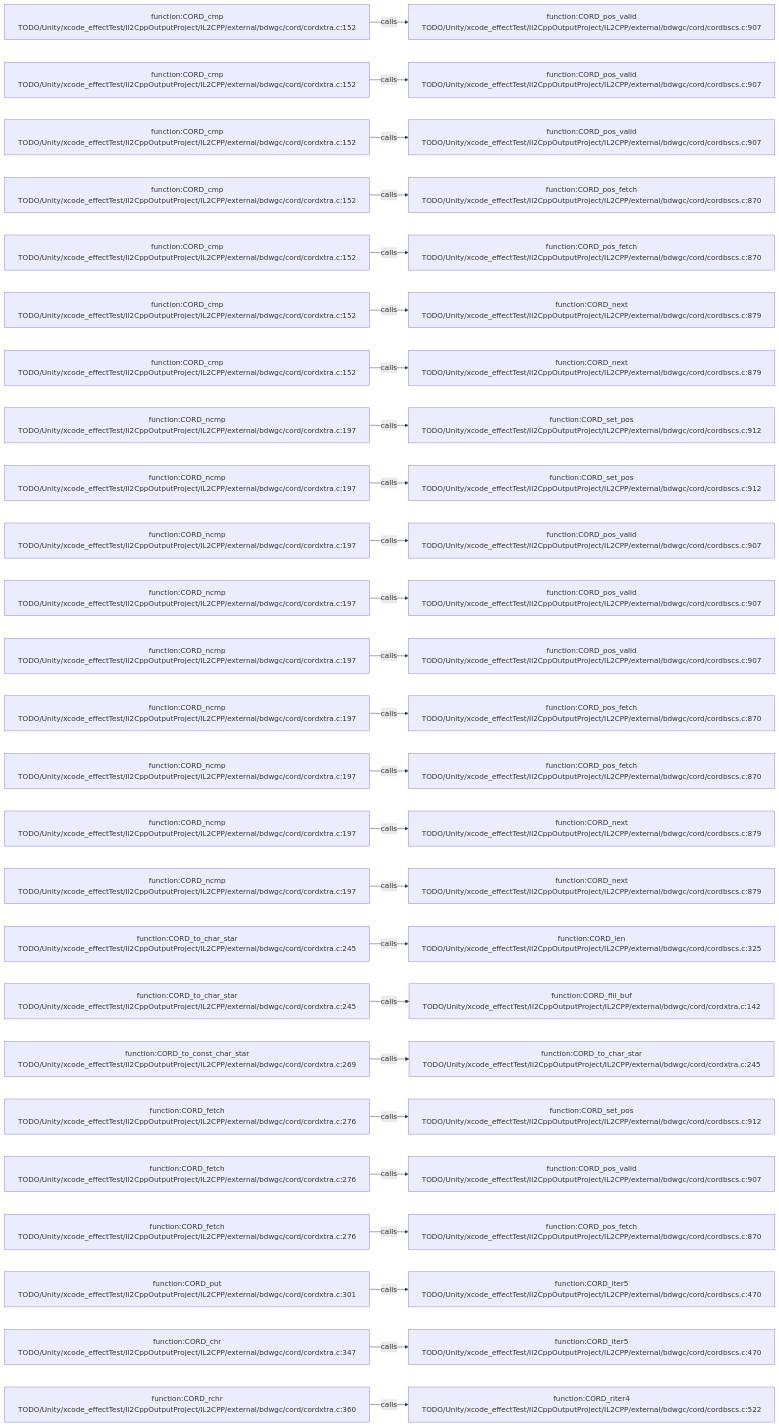
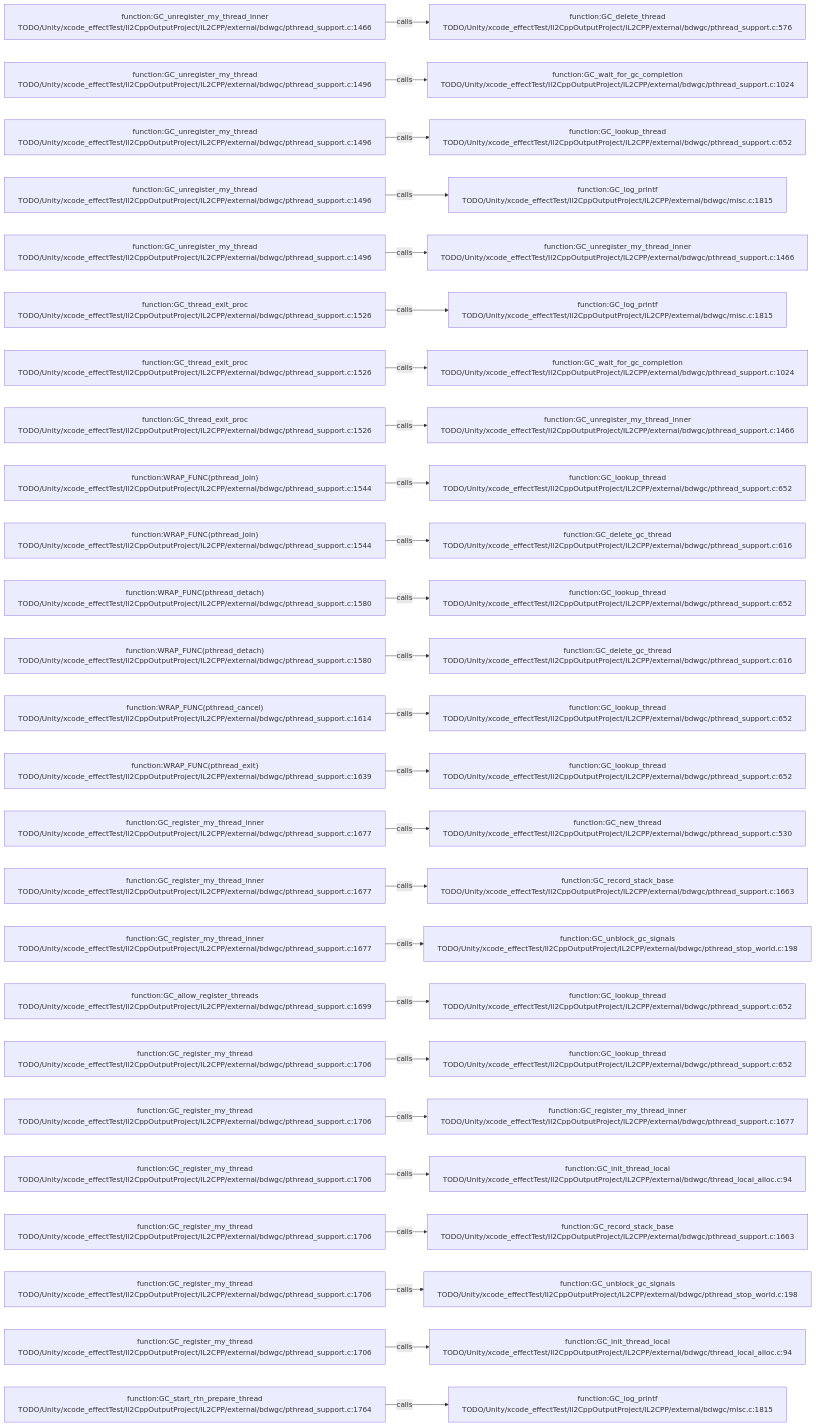
One commit to JobsKits/JobsSwiftBaseConfigDemo changed the diagram in .codegraph/codegraph.md/graphs/calls-154.md. Above: the diagram before and after it, drawn with Mermaid. The commit also changed 227 other files, not shown here.

````diff
--- a/.codegraph/codegraph.md/graphs/calls-154.md
+++ b/.codegraph/codegraph.md/graphs/calls-154.md
@@ -13,78 +13,78 @@
 ```mermaid
 flowchart LR
-  S1["function:CORD_cmp<br/>TODO/Unity/xcode_effectTest/Il2CppOutputProject/IL2CPP/external/bdwgc/cord/cordxtra.c:152"]
-  T1["function:CORD_pos_valid<br/>TODO/Unity/xcode_effectTest/Il2CppOutputProject/IL2CPP/external/bdwgc/cord/cordbscs.c:907"]
+  S1["function:GC_unregister_my_thread_inner<br/>TODO/Unity/xcode_effectTest/Il2CppOutputProject/IL2CPP/external/bdwgc/pthread_support.c:1466"]
+  T1["function:GC_delete_thread<br/>TODO/Unity/xcode_effectTest/Il2CppOutputProject/IL2CPP/external/bdwgc/pthread_support.c:576"]
   S1 -->|calls| T1
-  S2["function:CORD_cmp<br/>TODO/Unity/xcode_effectTest/Il2CppOutputProject/IL2CPP/external/bdwgc/cord/cordxtra.c:152"]
-  T2["function:CORD_pos_valid<br/>TODO/Unity/xcode_effectTest/Il2CppOutputProject/IL2CPP/external/bdwgc/cord/cordbscs.c:907"]
+  S2["function:GC_unregister_my_thread<br/>TODO/Unity/xcode_effectTest/Il2CppOutputProject/IL2CPP/external/bdwgc/pthread_support.c:1496"]
+  T2["function:GC_wait_for_gc_completion<br/>TODO/Unity/xcode_effectTest/Il2CppOutputProject/IL2CPP/external/bdwgc/pthread_support.c:1024"]
   S2 -->|calls| T2
-  S3["function:CORD_cmp<br/>TODO/Unity/xcode_effectTest/Il2CppOutputProject/IL2CPP/external/bdwgc/cord/cordxtra.c:152"]
-  T3["function:CORD_pos_valid<br/>TODO/Unity/xcode_effectTest/Il2CppOutputProject/IL2CPP/external/bdwgc/cord/cordbscs.c:907"]
+  S3["function:GC_unregister_my_thread<br/>TODO/Unity/xcode_effectTest/Il2CppOutputProject/IL2CPP/external/bdwgc/pthread_support.c:1496"]
+  T3["function:GC_lookup_thread<br/>TODO/Unity/xcode_effectTest/Il2CppOutputProject/IL2CPP/external/bdwgc/pthread_support.c:652"]
   S3 -->|calls| T3
-  S4["function:CORD_cmp<br/>TODO/Unity/xcode_effectTest/Il2CppOutputProject/IL2CPP/external/bdwgc/cord/cordxtra.c:152"]
-  T4["function:CORD_pos_fetch<br/>TODO/Unity/xcode_effectTest/Il2CppOutputProject/IL2CPP/external/bdwgc/cord/cordbscs.c:870"]
+  S4["function:GC_unregister_my_thread<br/>TODO/Unity/xcode_effectTest/Il2CppOutputProject/IL2CPP/external/bdwgc/pthread_support.c:1496"]
+  T4["function:GC_log_printf<br/>TODO/Unity/xcode_effectTest/Il2CppOutputProject/IL2CPP/external/bdwgc/misc.c:1815"]
   S4 -->|calls| T4
-  S5["function:CORD_cmp<br/>TODO/Unity/xcode_effectTest/Il2CppOutputProject/IL2CPP/external/bdwgc/cord/cordxtra.c:152"]
-  T5["function:CORD_pos_fetch<br/>TODO/Unity/xcode_effectTest/Il2CppOutputProject/IL2CPP/external/bdwgc/cord/cordbscs.c:870"]
+  S5["function:GC_unregister_my_thread<br/>TODO/Unity/xcode_effectTest/Il2CppOutputProject/IL2CPP/external/bdwgc/pthread_support.c:1496"]
+  T5["function:GC_unregister_my_thread_inner<br/>TODO/Unity/xcode_effectTest/Il2CppOutputProject/IL2CPP/external/bdwgc/pthread_support.c:1466"]
   S5 -->|calls| T5
-  S6["function:CORD_cmp<br/>TODO/Unity/xcode_effectTest/Il2CppOutputProject/IL2CPP/external/bdwgc/cord/cordxtra.c:152"]
-  T6["function:CORD_next<br/>TODO/Unity/xcode_effectTest/Il2CppOutputProject/IL2CPP/external/bdwgc/cord/cordbscs.c:879"]
+  S6["function:GC_thread_exit_proc<br/>TODO/Unity/xcode_effectTest/Il2CppOutputProject/IL2CPP/external/bdwgc/pthread_support.c:1526"]
+  T6["function:GC_log_printf<br/>TODO/Unity/xcode_effectTest/Il2CppOutputProject/IL2CPP/external/bdwgc/misc.c:1815"]
   S6 -->|calls| T6
-  S7["function:CORD_cmp<br/>TODO/Unity/xcode_effectTest/Il2CppOutputProject/IL2CPP/external/bdwgc/cord/cordxtra.c:152"]
-  T7["function:CORD_next<br/>TODO/Unity/xcode_effectTest/Il2CppOutputProject/IL2CPP/external/bdwgc/cord/cordbscs.c:879"]
+  S7["function:GC_thread_exit_proc<br/>TODO/Unity/xcode_effectTest/Il2CppOutputProject/IL2CPP/external/bdwgc/pthread_support.c:1526"]
+  T7["function:GC_wait_for_gc_completion<br/>TODO/Unity/xcode_effectTest/Il2CppOutputProject/IL2CPP/external/bdwgc/pthread_support.c:1024"]
   S7 -->|calls| T7
-  S8["function:CORD_ncmp<br/>TODO/Unity/xcode_effectTest/Il2CppOutputProject/IL2CPP/external/bdwgc/cord/cordxtra.c:197"]
-  T8["function:CORD_set_pos<br/>TODO/Unity/xcode_effectTest/Il2CppOutputProject/IL2CPP/external/bdwgc/cord/cordbscs.c:912"]
+  S8["function:GC_thread_exit_proc<br/>TODO/Unity/xcode_effectTest/Il2CppOutputProject/IL2CPP/external/bdwgc/pthread_support.c:1526"]
+  T8["function:GC_unregister_my_thread_inner<br/>TODO/Unity/xcode_effectTest/Il2CppOutputProject/IL2CPP/external/bdwgc/pthread_support.c:1466"]
   S8 -->|calls| T8
-  S9["function:CORD_ncmp<br/>TODO/Unity/xcode_effectTest/Il2CppOutputProject/IL2CPP/external/bdwgc/cord/cordxtra.c:197"]
-  T9["function:CORD_set_pos<br/>TODO/Unity/xcode_effectTest/Il2CppOutputProject/IL2CPP/external/bdwgc/cord/cordbscs.c:912"]
+  S9["function:WRAP_FUNC(pthread_join)<br/>TODO/Unity/xcode_effectTest/Il2CppOutputProject/IL2CPP/external/bdwgc/pthread_support.c:1544"]
+  T9["function:GC_lookup_thread<br/>TODO/Unity/xcode_effectTest/Il2CppOutputProject/IL2CPP/external/bdwgc/pthread_support.c:652"]
   S9 -->|calls| T9
-  S10["function:CORD_ncmp<br/>TODO/Unity/xcode_effectTest/Il2CppOutputProject/IL2CPP/external/bdwgc/cord/cordxtra.c:197"]
-  T10["function:CORD_pos_valid<br/>TODO/Unity/xcode_effectTest/Il2CppOutputProject/IL2CPP/external/bdwgc/cord/cordbscs.c:907"]
+  S10["function:WRAP_FUNC(pthread_join)<br/>TODO/Unity/xcode_effectTest/Il2CppOutputProject/IL2CPP/external/bdwgc/pthread_support.c:1544"]
+  T10["function:GC_delete_gc_thread<br/>TODO/Unity/xcode_effectTest/Il2CppOutputProject/IL2CPP/external/bdwgc/pthread_support.c:616"]
   S10 -->|calls| T10
-  S11["function:CORD_ncmp<br/>TODO/Unity/xcode_effectTest/Il2CppOutputProject/IL2CPP/external/bdwgc/cord/cordxtra.c:197"]
-  T11["function:CORD_pos_valid<br/>TODO/Unity/xcode_effectTest/Il2CppOutputProject/IL2CPP/external/bdwgc/cord/cordbscs.c:907"]
+  S11["function:WRAP_FUNC(pthread_detach)<br/>TODO/Unity/xcode_effectTest/Il2CppOutputProject/IL2CPP/external/bdwgc/pthread_support.c:1580"]
+  T11["function:GC_lookup_thread<br/>TODO/Unity/xcode_effectTest/Il2CppOutputProject/IL2CPP/external/bdwgc/pthread_support.c:652"]
   S11 -->|calls| T11
-  S12["function:CORD_ncmp<br/>TODO/Unity/xcode_effectTest/Il2CppOutputProject/IL2CPP/external/bdwgc/cord/cordxtra.c:197"]
-  T12["function:CORD_pos_valid<br/>TODO/Unity/xcode_effectTest/Il2CppOutputProject/IL2CPP/external/bdwgc/cord/cordbscs.c:907"]
+  S12["function:WRAP_FUNC(pthread_detach)<br/>TODO/Unity/xcode_effectTest/Il2CppOutputProject/IL2CPP/external/bdwgc/pthread_support.c:1580"]
+  T12["function:GC_delete_gc_thread<br/>TODO/Unity/xcode_effectTest/Il2CppOutputProject/IL2CPP/external/bdwgc/pthread_support.c:616"]
   S12 -->|calls| T12
-  S13["function:CORD_ncmp<br/>TODO/Unity/xcode_effectTest/Il2CppOutputProject/IL2CPP/external/bdwgc/cord/cordxtra.c:197"]
-  T13["function:CORD_pos_fetch<br/>TODO/Unity/xcode_effectTest/Il2CppOutputProject/IL2CPP/external/bdwgc/cord/cordbscs.c:870"]
+  S13["function:WRAP_FUNC(pthread_cancel)<br/>TODO/Unity/xcode_effectTest/Il2CppOutputProject/IL2CPP/external/bdwgc/pthread_support.c:1614"]
+  T13["function:GC_lookup_thread<br/>TODO/Unity/xcode_effectTest/Il2CppOutputProject/IL2CPP/external/bdwgc/pthread_support.c:652"]
   S13 -->|calls| T13
-  S14["function:CORD_ncmp<br/>TODO/Unity/xcode_effectTest/Il2CppOutputProject/IL2CPP/external/bdwgc/cord/cordxtra.c:197"]
-  T14["function:CORD_pos_fetch<br/>TODO/Unity/xcode_effectTest/Il2CppOutputProject/IL2CPP/external/bdwgc/cord/cordbscs.c:870"]
+  S14["function:WRAP_FUNC(pthread_exit)<br/>TODO/Unity/xcode_effectTest/Il2CppOutputProject/IL2CPP/external/bdwgc/pthread_support.c:1639"]
+  T14["function:GC_lookup_thread<br/>TODO/Unity/xcode_effectTest/Il2CppOutputProject/IL2CPP/external/bdwgc/pthread_support.c:652"]
   S14 -->|calls| T14
-  S15["function:CORD_ncmp<br/>TODO/Unity/xcode_effectTest/Il2CppOutputProject/IL2CPP/external/bdwgc/cord/cordxtra.c:197"]
-  T15["function:CORD_next<br/>TODO/Unity/xcode_effectTest/Il2CppOutputProject/IL2CPP/external/bdwgc/cord/cordbscs.c:879"]
+  S15["function:GC_register_my_thread_inner<br/>TODO/Unity/xcode_effectTest/Il2CppOutputProject/IL2CPP/external/bdwgc/pthread_support.c:1677"]
+  T15["function:GC_new_thread<br/>TODO/Unity/xcode_effectTest/Il2CppOutputProject/IL2CPP/external/bdwgc/pthread_support.c:530"]
   S15 -->|calls| T15
-  S16["function:CORD_ncmp<br/>TODO/Unity/xcode_effectTest/Il2CppOutputProject/IL2CPP/external/bdwgc/cord/cordxtra.c:197"]
-  T16["function:CORD_next<br/>TODO/Unity/xcode_effectTest/Il2CppOutputProject/IL2CPP/external/bdwgc/cord/cordbscs.c:879"]
+  S16["function:GC_register_my_thread_inner<br/>TODO/Unity/xcode_effectTest/Il2CppOutputProject/IL2CPP/external/bdwgc/pthread_support.c:1677"]
+  T16["function:GC_record_stack_base<br/>TODO/Unity/xcode_effectTest/Il2CppOutputProject/IL2CPP/external/bdwgc/pthread_support.c:1663"]
   S16 -->|calls| T16
-  S17["function:CORD_to_char_star<br/>TODO/Unity/xcode_effectTest/Il2CppOutputProject/IL2CPP/external/bdwgc/cord/cordxtra.c:245"]
-  T17["function:CORD_len<br/>TODO/Unity/xcode_effectTest/Il2CppOutputProject/IL2CPP/external/bdwgc/cord/cordbscs.c:325"]
+  S17["function:GC_register_my_thread_inner<br/>TODO/Unity/xcode_effectTest/Il2CppOutputProject/IL2CPP/external/bdwgc/pthread_support.c:1677"]
+  T17["function:GC_unblock_gc_signals<br/>TODO/Unity/xcode_effectTest/Il2CppOutputProject/IL2CPP/external/bdwgc/pthread_stop_world.c:198"]
   S17 -->|calls| T17
-  S18["function:CORD_to_char_star<br/>TODO/Unity/xcode_effectTest/Il2CppOutputProject/IL2CPP/external/bdwgc/cord/cordxtra.c:245"]
-  T18["function:CORD_fill_buf<br/>TODO/Unity/xcode_effectTest/Il2CppOutputProject/IL2CPP/external/bdwgc/cord/cordxtra.c:142"]
+  S18["function:GC_allow_register_threads<br/>TODO/Unity/xcode_effectTest/Il2CppOutputProject/IL2CPP/external/bdwgc/pthread_support.c:1699"]
+  T18["function:GC_lookup_thread<br/>TODO/Unity/xcode_effectTest/Il2CppOutputProject/IL2CPP/external/bdwgc/pthread_support.c:652"]
   S18 -->|calls| T18
-  S19["function:CORD_to_const_char_star<br/>TODO/Unity/xcode_effectTest/Il2CppOutputProject/IL2CPP/external/bdwgc/cord/cordxtra.c:269"]
-  T19["function:CORD_to_char_star<br/>TODO/Unity/xcode_effectTest/Il2CppOutputProject/IL2CPP/external/bdwgc/cord/cordxtra.c:245"]
+  S19["function:GC_register_my_thread<br/>TODO/Unity/xcode_effectTest/Il2CppOutputProject/IL2CPP/external/bdwgc/pthread_support.c:1706"]
+  T19["function:GC_lookup_thread<br/>TODO/Unity/xcode_effectTest/Il2CppOutputProject/IL2CPP/external/bdwgc/pthread_support.c:652"]
   S19 -->|calls| T19
-  S20["function:CORD_fetch<br/>TODO/Unity/xcode_effectTest/Il2CppOutputProject/IL2CPP/external/bdwgc/cord/cordxtra.c:276"]
-  T20["function:CORD_set_pos<br/>TODO/Unity/xcode_effectTest/Il2CppOutputProject/IL2CPP/external/bdwgc/cord/cordbscs.c:912"]
+  S20["function:GC_register_my_thread<br/>TODO/Unity/xcode_effectTest/Il2CppOutputProject/IL2CPP/external/bdwgc/pthread_support.c:1706"]
+  T20["function:GC_register_my_thread_inner<br/>TODO/Unity/xcode_effectTest/Il2CppOutputProject/IL2CPP/external/bdwgc/pthread_support.c:1677"]
   S20 -->|calls| T20
-  S21["function:CORD_fetch<br/>TODO/Unity/xcode_effectTest/Il2CppOutputProject/IL2CPP/external/bdwgc/cord/cordxtra.c:276"]
-  T21["function:CORD_pos_valid<br/>TODO/Unity/xcode_effectTest/Il2CppOutputProject/IL2CPP/external/bdwgc/cord/cordbscs.c:907"]
+  S21["function:GC_register_my_thread<br/>TODO/Unity/xcode_effectTest/Il2CppOutputProject/IL2CPP/external/bdwgc/pthread_support.c:1706"]
+  T21["function:GC_init_thread_local<br/>TODO/Unity/xcode_effectTest/Il2CppOutputProject/IL2CPP/external/bdwgc/thread_local_alloc.c:94"]
   S21 -->|calls| T21
-  S22["function:CORD_fetch<br/>TODO/Unity/xcode_effectTest/Il2CppOutputProject/IL2CPP/external/bdwgc/cord/cordxtra.c:276"]
-  T22["function:CORD_pos_fetch<br/>TODO/Unity/xcode_effectTest/Il2CppOutputProject/IL2CPP/external/bdwgc/cord/cordbscs.c:870"]
+  S22["function:GC_register_my_thread<br/>TODO/Unity/xcode_effectTest/Il2CppOutputProject/IL2CPP/external/bdwgc/pthread_support.c:1706"]
+  T22["function:GC_record_stack_base<br/>TODO/Unity/xcode_effectTest/Il2CppOutputProject/IL2CPP/external/bdwgc/pthread_support.c:1663"]
   S22 -->|calls| T22
-  S23["function:CORD_put<br/>TODO/Unity/xcode_effectTest/Il2CppOutputProject/IL2CPP/external/bdwgc/cord/cordxtra.c:301"]
-  T23["function:CORD_iter5<br/>TODO/Unity/xcode_effectTest/Il2CppOutputProject/IL2CPP/external/bdwgc/cord/cordbscs.c:470"]
+  S23["function:GC_register_my_thread<br/>TODO/Unity/xcode_effectTest/Il2CppOutputProject/IL2CPP/external/bdwgc/pthread_support.c:1706"]
+  T23["function:GC_unblock_gc_signals<br/>TODO/Unity/xcode_effectTest/Il2CppOutputProject/IL2CPP/external/bdwgc/pthread_stop_world.c:198"]
   S23 -->|calls| T23
-  S24["function:CORD_chr<br/>TODO/Unity/xcode_effectTest/Il2CppOutputProject/IL2CPP/external/bdwgc/cord/cordxtra.c:347"]
-  T24["function:CORD_iter5<br/>TODO/Unity/xcode_effectTest/Il2CppOutputProject/IL2CPP/external/bdwgc/cord/cordbscs.c:470"]
+  S24["function:GC_register_my_thread<br/>TODO/Unity/xcode_effectTest/Il2CppOutputProject/IL2CPP/external/bdwgc/pthread_support.c:1706"]
+  T24["function:GC_init_thread_local<br/>TODO/Unity/xcode_effectTest/Il2CppOutputProject/IL2CPP/external/bdwgc/thread_local_alloc.c:94"]
   S24 -->|calls| T24
-  S25["function:CORD_rchr<br/>TODO/Unity/xcode_effectTest/Il2CppOutputProject/IL2CPP/external/bdwgc/cord/cordxtra.c:360"]
-  T25["function:CORD_riter4<br/>TODO/Unity/xcode_effectTest/Il2CppOutputProject/IL2CPP/external/bdwgc/cord/cordbscs.c:522"]
+  S25["function:GC_start_rtn_prepare_thread<br/>TODO/Unity/xcode_effectTest/Il2CppOutputProject/IL2CPP/external/bdwgc/pthread_support.c:1764"]
+  T25["function:GC_log_printf<br/>TODO/Unity/xcode_effectTest/Il2CppOutputProject/IL2CPP/external/bdwgc/misc.c:1815"]
   S25 -->|calls| T25
 ```
````
